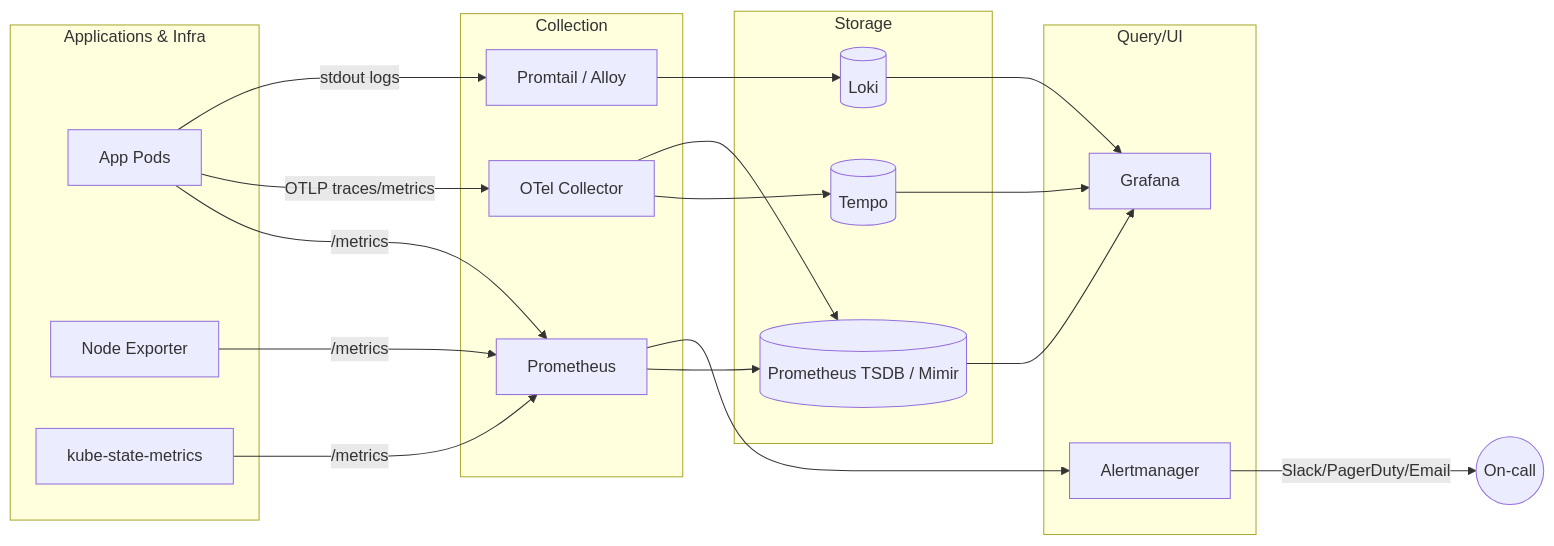
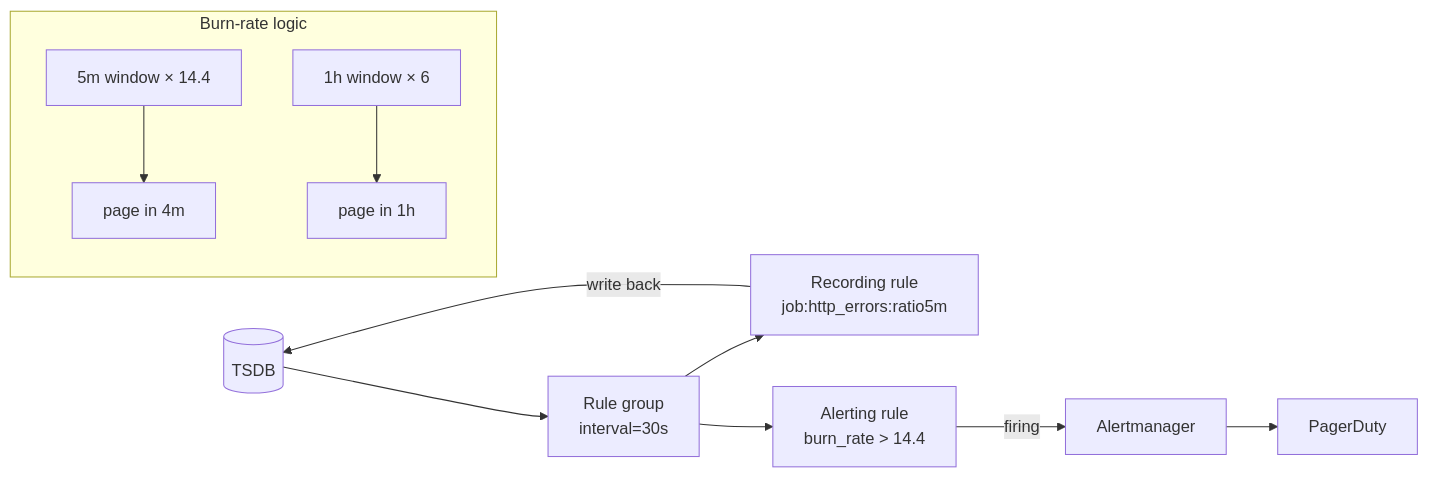
Before and after one commit to srinivaskona7/devops-learning: the fourth of 12 diagrams in 05-monitoring/README.md, drawn with Mermaid. The commit also changed other lines of this file and 222 other files, not shown here.

````diff
--- a/05-monitoring/README.md
+++ b/05-monitoring/README.md
@@ -16,43 +395,13 @@
 ```mermaid
 flowchart LR
-    subgraph Apps[Applications & Infra]
-        A1[App Pods]
-        A2[Node Exporter]
-        A3[kube-state-metrics]
-    end
-
-    subgraph Collection
-        P[Prometheus]
-        OT[OTel Collector]
-        PT[Promtail / Alloy]
-    end
-
-    subgraph Storage
-        TSDB[(Prometheus TSDB / Mimir)]
-        LOKI[(Loki)]
-        TEMPO[(Tempo)]
-    end
-
-    subgraph Query/UI
-        G[Grafana]
-        AM[Alertmanager]
-    end
-
-    A1 -- /metrics --> P
-    A2 -- /metrics --> P
-    A3 -- /metrics --> P
-    A1 -- OTLP traces/metrics --> OT
-    A1 -- stdout logs --> PT
-
-    P --> TSDB
-    OT --> TEMPO
-    OT --> TSDB
-    PT --> LOKI
-
-    TSDB --> G
-    LOKI --> G
-    TEMPO --> G
-
-    P --> AM
-    AM -->|Slack/PagerDuty/Email| Humans((On-call))
+  TSDB[(TSDB)] --> EG[Rule group<br/>interval=30s]
+  EG --> REC[Recording rule<br/>job:http_errors:ratio5m]
+  REC -->|write back| TSDB
+  EG --> ALT[Alerting rule<br/>burn_rate > 14.4]
+  ALT -->|firing| AM[Alertmanager]
+  AM --> PD[PagerDuty]
+  subgraph Burn-rate logic
+    B1[5m window × 14.4] --> FAST[page in 4m]
+    B2[1h window × 6] --> SLOW[page in 1h]
+  end
 ```
````
